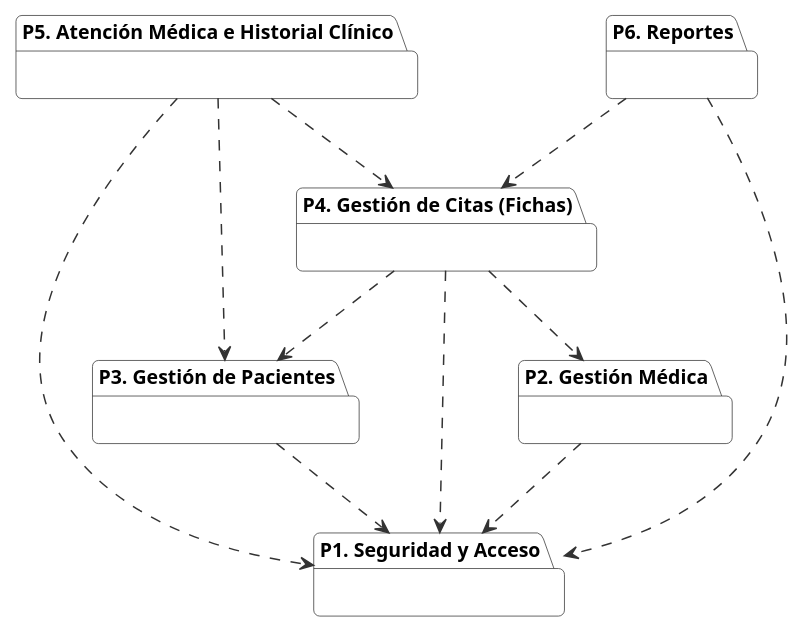
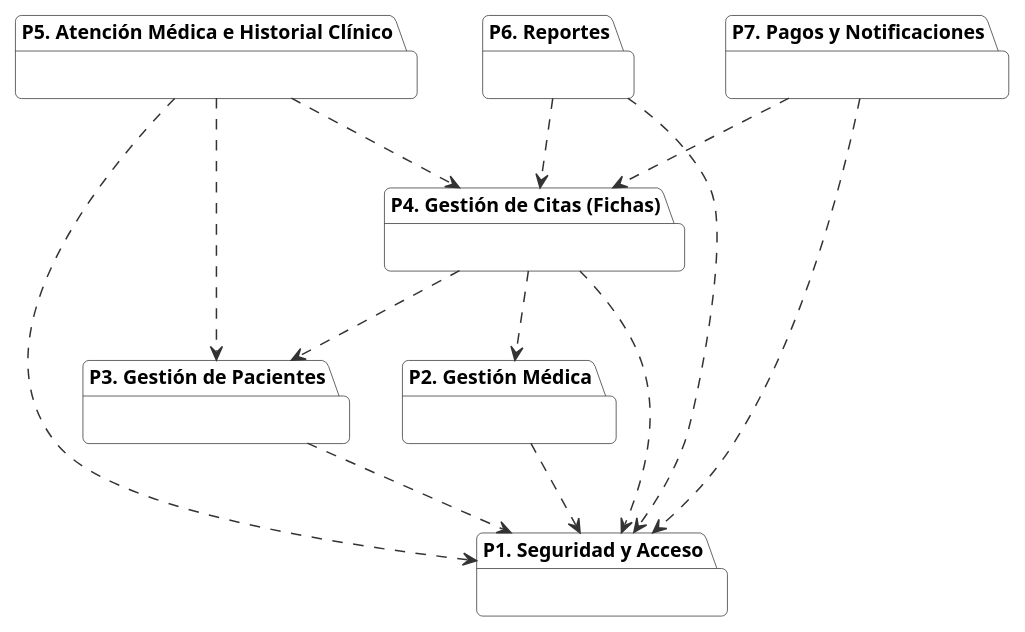
Before and after one commit to ronaldflores2004/VidaSalud: the diagram in docs/uml/plantuml/paquetes_identificar.puml, drawn with PlantUML. The commit also changed 42 other files, not shown here.

First line of the commit message:
Documento: diagramas UML actualizados con P7 (CU21 Pagar ficha, CU22 Notificaciones)

```diff
--- a/docs/uml/plantuml/paquetes_identificar.puml
+++ b/docs/uml/plantuml/paquetes_identificar.puml
@@ -1,57 +1,61 @@
 @startuml
 
 set separator none
 skinparam backgroundColor white
 skinparam defaultFontName Arial
 skinparam defaultFontSize 13
 skinparam shadowing false
 skinparam ArrowColor #333333
 skinparam ActorBorderColor #222222
 skinparam ActorBackgroundColor #FFFFFF
 skinparam UsecaseBorderColor #1F4E79
 skinparam UsecaseBackgroundColor #DCE9F7
 skinparam PackageBorderColor #333333
 skinparam PackageBackgroundColor #FFFFFF
 skinparam ClassBorderColor #333333
 skinparam ClassBackgroundColor #FFFFFF
 skinparam ClassHeaderBackgroundColor #DCE9F7
 skinparam NoteBackgroundColor #FFF8DC
 skinparam RectangleBorderColor #333333
 skinparam NodeBorderColor #1F4E79
 skinparam NodeBackgroundColor #F3F8FD
 skinparam ArtifactBackgroundColor #FFFFFF
 skinparam DatabaseBackgroundColor #DCE9F7
 skinparam SequenceLifeLineBorderColor #888888
 skinparam SequenceParticipantBackgroundColor #DCE9F7
 skinparam SequenceParticipantBorderColor #1F4E79
 skinparam ParticipantPadding 12
 skinparam BoundaryBackgroundColor #DCE9F7
 skinparam ControlBackgroundColor #DCE9F7
 skinparam EntityBackgroundColor #DCE9F7
 skinparam BoundaryBorderColor #1F4E79
 skinparam ControlBorderColor #1F4E79
 skinparam EntityBorderColor #1F4E79
 skinparam roundcorner 8
 package "P1. Seguridad y Acceso" as P1 {
 }
 package "P2. Gestión Médica" as P2 {
 }
 package "P3. Gestión de Pacientes" as P3 {
 }
 package "P4. Gestión de Citas (Fichas)" as P4 {
 }
 package "P5. Atención Médica e Historial Clínico" as P5 {
 }
 package "P6. Reportes" as P6 {
 }
+package "P7. Pagos y Notificaciones" as P7 {
+}
 P4 ..> P3
 P4 ..> P2
 P5 ..> P4
 P5 ..> P3
 P2 ..> P1
 P3 ..> P1
 P4 ..> P1
 P5 ..> P1
 P6 ..> P4
 P6 ..> P1
+P7 ..> P4
+P7 ..> P1
 @enduml
```
